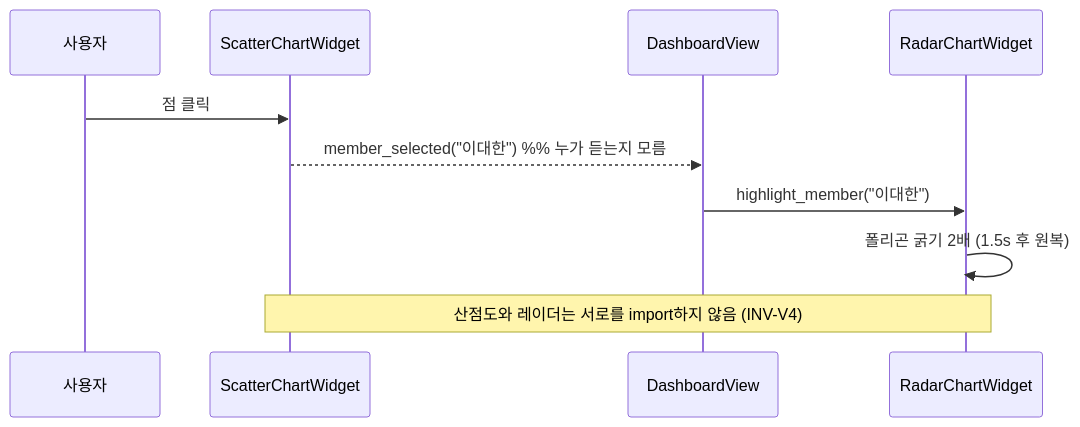
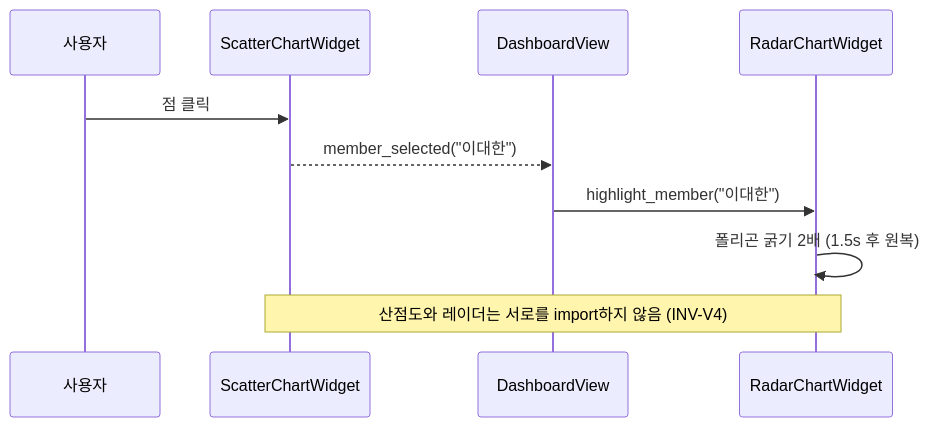
One commit to Eucliwood32/Software_Engineering_mirae changed the third of 4 diagrams in docs/02-design-planning/view-design.md. Above: the diagram before and after it, drawn with Mermaid. The commit also changed other lines of this file, not shown here.

````diff
--- a/docs/02-design-planning/view-design.md
+++ b/docs/02-design-planning/view-design.md
@@ -461,13 +493,13 @@
 ```mermaid
 sequenceDiagram
     participant U as 사용자
     participant SCT as ScatterChartWidget
     participant DV as DashboardView
     participant RAD as RadarChartWidget
 
     U->>SCT: 점 클릭
-    SCT-->>DV: member_selected("이대한")  %% 누가 듣는지 모름
+    SCT-->>DV: member_selected("이대한")
     DV->>RAD: highlight_member("이대한")
     RAD->>RAD: 폴리곤 굵기 2배 (1.5s 후 원복)
     Note over SCT,RAD: 산점도와 레이더는 서로를 import하지 않음 (INV-V4)
 ```
````
